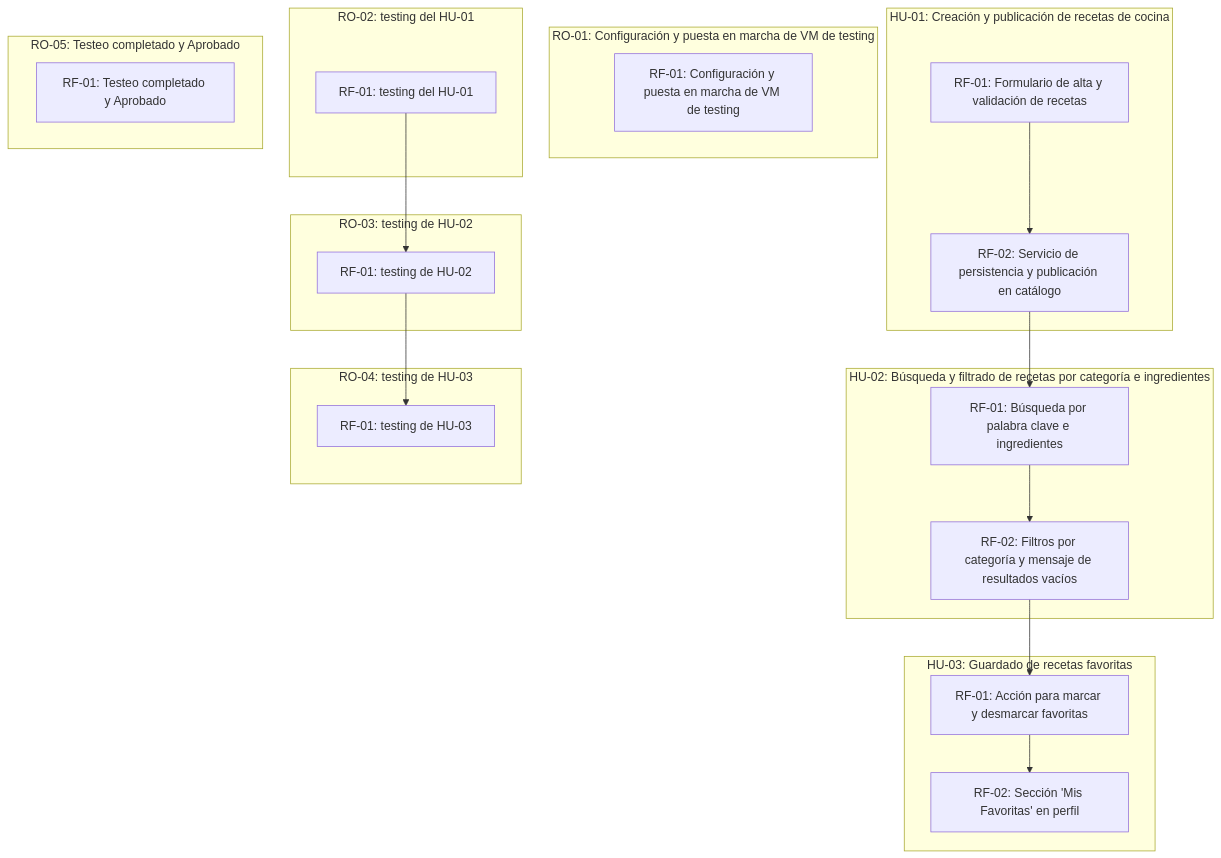
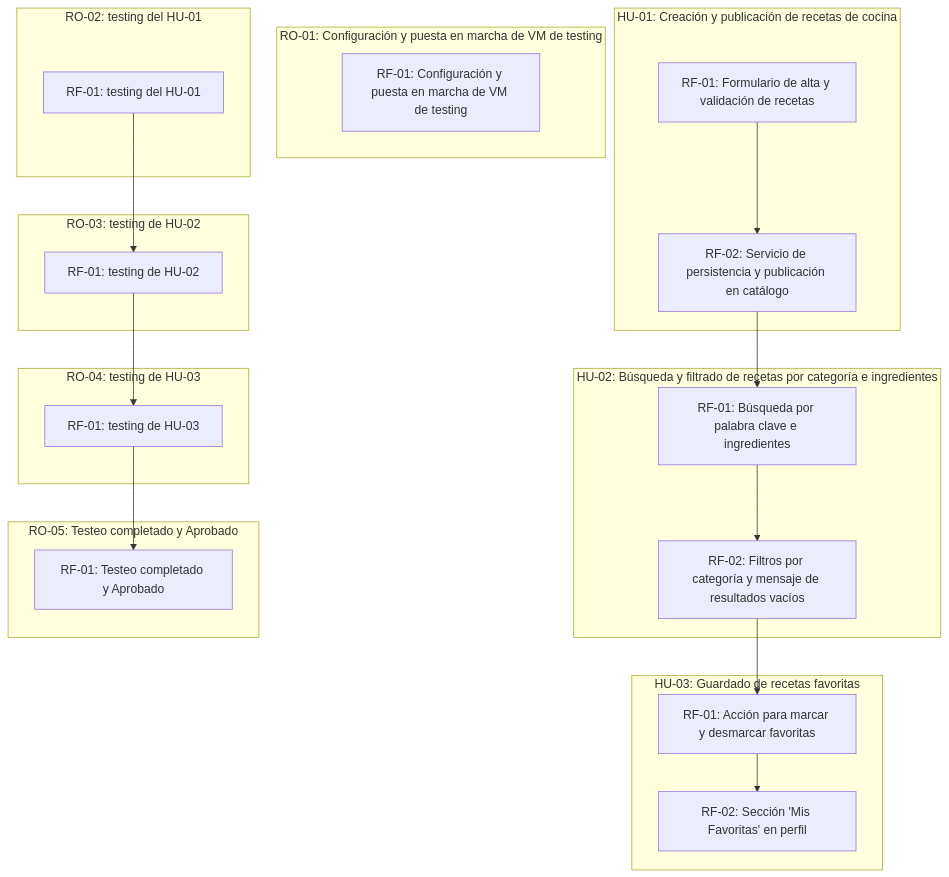
The diagram in scrumDocs/grafo.md (SVGiannoni/RecetasPanaRossi), drawn with Mermaid before and after one commit. The commit also changed other lines of this file, not shown here.

````diff
--- a/scrumDocs/grafo.md
+++ b/scrumDocs/grafo.md
@@ -5,37 +5,38 @@
 ```mermaid
 graph TD
   subgraph US_1788784804716["HU-01: Creación y publicación de recetas de cocina"]
     REQ_1788785182545["RF-01: Formulario de alta y validación de recetas"]
     REQ_1788785196739["RF-02: Servicio de persistencia y publicación en catálogo"]
   end
   subgraph US_1788784817567["HU-02: Búsqueda y filtrado de recetas por categoría e ingredientes"]
     REQ_1788785446610["RF-01: Búsqueda por palabra clave e ingredientes"]
     REQ_1788785477255["RF-02: Filtros por categoría y mensaje de resultados vacíos"]
   end
   subgraph US_1788784829317["HU-03: Guardado de recetas favoritas"]
     REQ_1788785498187["RF-01: Acción para marcar y desmarcar favoritas"]
     REQ_1788785510602["RF-02: Sección 'Mis Favoritas' en perfil"]
   end
   subgraph US_1788785524805["RO-01: Configuración y puesta en marcha de VM de testing"]
     REQ_1788785524811["RF-01: Configuración y puesta en marcha de VM de testing"]
   end
   subgraph US_1788790818388["RO-02: testing del HU-01"]
     REQ_1788790818395["RF-01: testing del HU-01"]
   end
   subgraph US_1788790905857["RO-03: testing de HU-02"]
     REQ_1788790905863["RF-01: testing de HU-02"]
   end
   subgraph US_1788790968088["RO-04: testing de HU-03"]
     REQ_1788790968095["RF-01: testing de HU-03"]
   end
   subgraph US_1788791159528["RO-05: Testeo completado y Aprobado"]
     REQ_1788791159536["RF-01: Testeo completado y Aprobado"]
   end
   REQ_1788785182545 --> REQ_1788785196739
   REQ_1788785196739 --> REQ_1788785446610
   REQ_1788785446610 --> REQ_1788785477255
   REQ_1788785477255 --> REQ_1788785498187
   REQ_1788785498187 --> REQ_1788785510602
   REQ_1788790818395 --> REQ_1788790905863
   REQ_1788790905863 --> REQ_1788790968095
+  REQ_1788790968095 --> REQ_1788791159536
 ```
````
